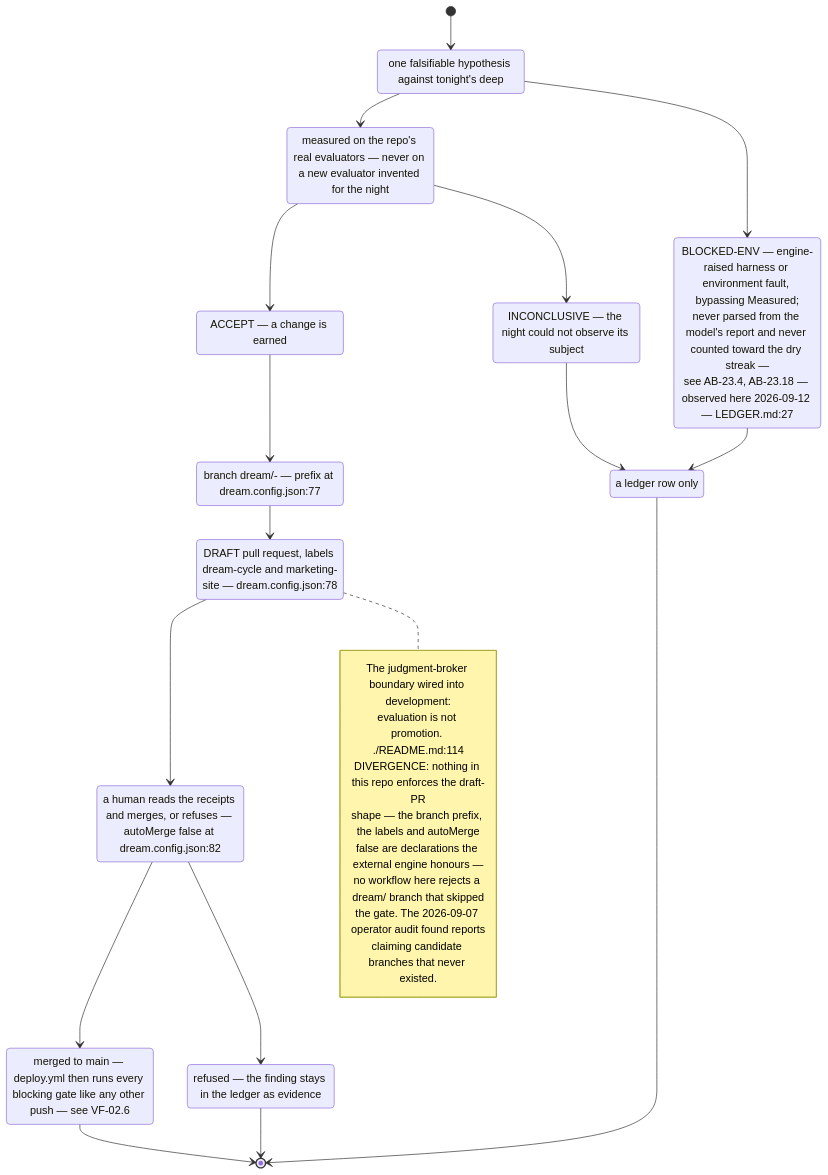
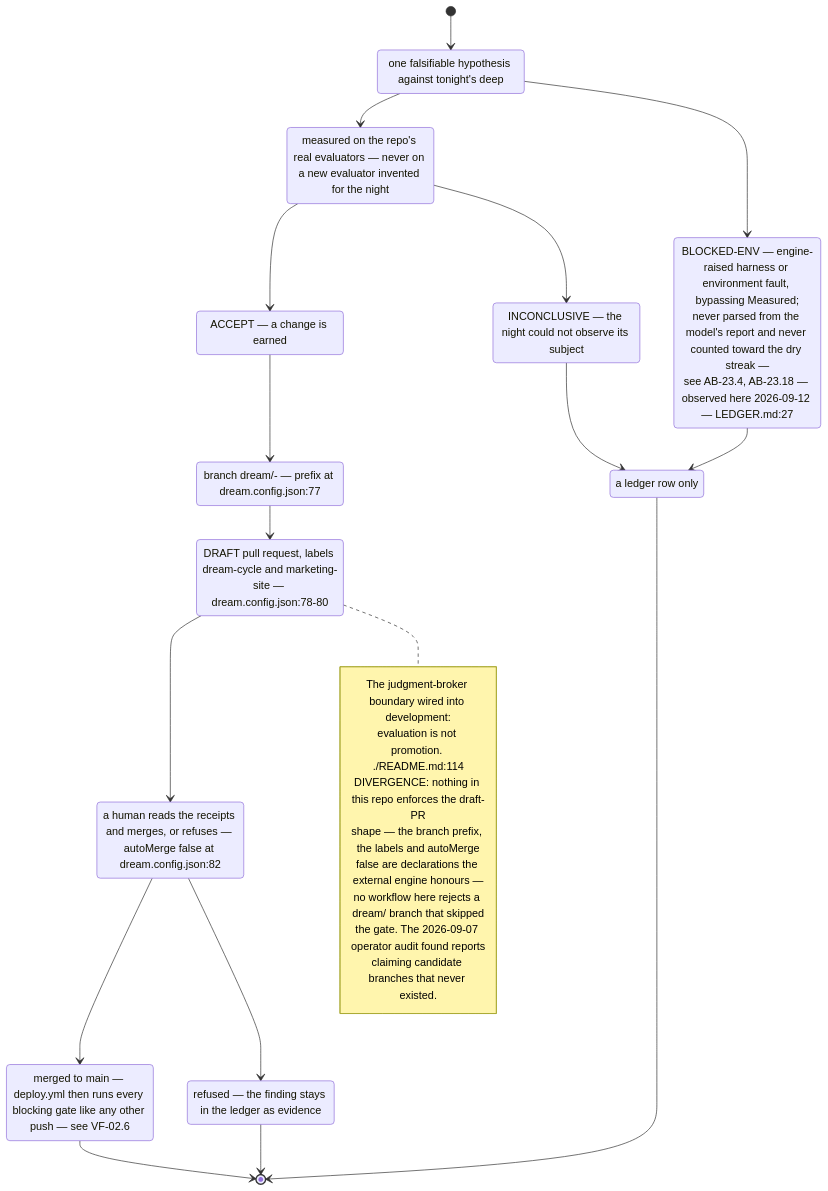
The eighth of 9 diagrams in docs/diagrams/visionflow/04-dream-cycle-integration.md (DreamLab-AI/VisionFlow), drawn with Mermaid before and after one commit. The commit also changed other lines of this file and 91 other files, not shown here.

````diff
--- a/docs/diagrams/visionflow/04-dream-cycle-integration.md
+++ b/docs/diagrams/visionflow/04-dream-cycle-integration.md
@@ -250,40 +251,40 @@
 ```mermaid
 stateDiagram-v2
     direction TB
     [*] --> Hypothesis
     state "one falsifiable hypothesis against tonight's deep" as Hypothesis
     Hypothesis --> Measured
     Hypothesis --> BlockedEnv
     state "measured on the repo's real evaluators — never on a new evaluator invented for the night" as Measured
     Measured --> Accept
     Measured --> Inconclusive
     state "ACCEPT — a change is earned" as Accept
     state "INCONCLUSIVE — the night could not observe its subject" as Inconclusive
     state "BLOCKED-ENV — engine-raised harness or environment fault, bypassing Measured;<br/>never parsed from the model's report and never counted toward the dry streak —<br/>see AB-23.4, AB-23.18 — observed here 2026-09-12 — LEDGER.md:27" as BlockedEnv
     BlockedEnv --> LedgerOnly
     Accept --> Branch
     state "branch dream/<deep>-<date> — prefix at dream.config.json:77" as Branch
     Branch --> Draft
-    state "DRAFT pull request, labels dream-cycle and marketing-site — dream.config.json:78" as Draft
+    state "DRAFT pull request, labels dream-cycle and marketing-site — dream.config.json:78-80" as Draft
     Draft --> Human
     state "a human reads the receipts and merges, or refuses — autoMerge false at dream.config.json:82" as Human
     Human --> Merged
     Human --> Refused
     state "merged to main — deploy.yml then runs every blocking gate like any other push — see VF-02.6" as Merged
     state "refused — the finding stays in the ledger as evidence" as Refused
     Inconclusive --> LedgerOnly
     state "a ledger row only" as LedgerOnly
     Merged --> [*]
     Refused --> [*]
     LedgerOnly --> [*]
     note right of Draft
       The judgment-broker boundary wired into development:
       evaluation is not promotion. ./README.md:114
       DIVERGENCE: nothing in this repo enforces the draft-PR
       shape — the branch prefix, the labels and autoMerge
       false are declarations the external engine honours —
       no workflow here rejects a dream/ branch that skipped
       the gate. The 2026-09-07 operator audit found reports
       claiming candidate branches that never existed.
     end note
 ```
````
